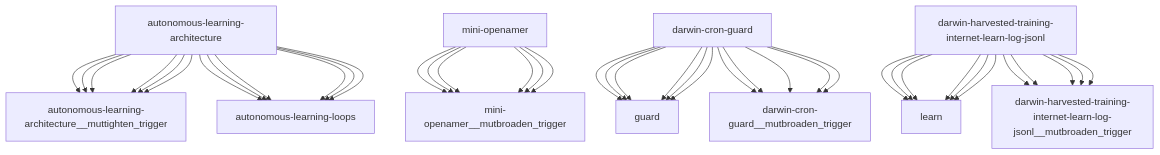
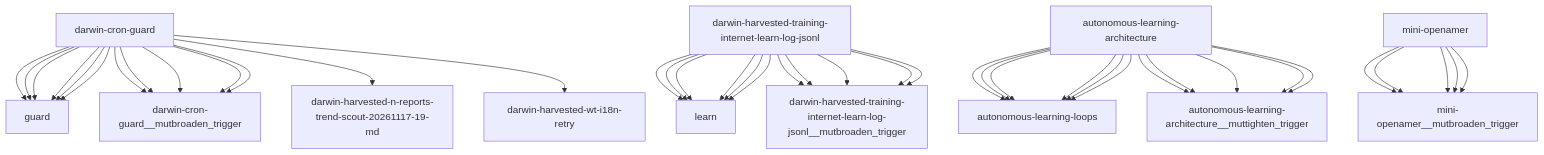
The diagram in reports/darwin-report.md (openamer/openamer), drawn with Mermaid before and after one commit. The commit also changed other lines of this file and 10 other files, not shown here.

First line of the commit message:
chore(reports): cron auto-commit 2026-11-18

````diff
--- a/reports/darwin-report.md
+++ b/reports/darwin-report.md
@@ -75,43 +75,43 @@
 ```mermaid
 graph TD
-    autonomous-learning-architecture["autonomous-learning-architecture"] --> autonomous-learning-architecture__muttighten_trigger["autonomous-learning-architecture__muttighten_trigger"]
-    mini-openamer["mini-openamer"] --> mini-openamer__mutbroaden_trigger["mini-openamer__mutbroaden_trigger"]
     darwin-cron-guard["darwin-cron-guard"] --> guard["guard"]
     darwin-harvested-training-internet-learn-log-jsonl["darwin-harvested-training-internet-learn-log-jsonl"] --> learn["learn"]
     autonomous-learning-architecture["autonomous-learning-architecture"] --> autonomous-learning-loops["autonomous-learning-loops"]
     darwin-cron-guard["darwin-cron-guard"] --> darwin-cron-guard__mutbroaden_trigger["darwin-cron-guard__mutbroaden_trigger"]
     darwin-harvested-training-internet-learn-log-jsonl["darwin-harvested-training-internet-learn-log-jsonl"] --> darwin-harvested-training-internet-learn-log-jsonl__mutbroaden_trigger["darwin-harvested-training-internet-learn-log-jsonl__mutbroaden_trigger"]
     autonomous-learning-architecture["autonomous-learning-architecture"] --> autonomous-learning-architecture__muttighten_trigger["autonomous-learning-architecture__muttighten_trigger"]
     mini-openamer["mini-openamer"] --> mini-openamer__mutbroaden_trigger["mini-openamer__mutbroaden_trigger"]
     darwin-cron-guard["darwin-cron-guard"] --> guard["guard"]
     darwin-harvested-training-internet-learn-log-jsonl["darwin-harvested-training-internet-learn-log-jsonl"] --> learn["learn"]
     autonomous-learning-architecture["autonomous-learning-architecture"] --> autonomous-learning-loops["autonomous-learning-loops"]
     darwin-cron-guard["darwin-cron-guard"] --> darwin-cron-guard__mutbroaden_trigger["darwin-cron-guard__mutbroaden_trigger"]
     darwin-harvested-training-internet-learn-log-jsonl["darwin-harvested-training-internet-learn-log-jsonl"] --> darwin-harvested-training-internet-learn-log-jsonl__mutbroaden_trigger["darwin-harvested-training-internet-learn-log-jsonl__mutbroaden_trigger"]
     autonomous-learning-architecture["autonomous-learning-architecture"] --> autonomous-learning-architecture__muttighten_trigger["autonomous-learning-architecture__muttighten_trigger"]
     mini-openamer["mini-openamer"] --> mini-openamer__mutbroaden_trigger["mini-openamer__mutbroaden_trigger"]
     darwin-cron-guard["darwin-cron-guard"] --> guard["guard"]
     darwin-harvested-training-internet-learn-log-jsonl["darwin-harvested-training-internet-learn-log-jsonl"] --> learn["learn"]
     autonomous-learning-architecture["autonomous-learning-architecture"] --> autonomous-learning-loops["autonomous-learning-loops"]
     darwin-cron-guard["darwin-cron-guard"] --> darwin-cron-guard__mutbroaden_trigger["darwin-cron-guard__mutbroaden_trigger"]
     darwin-harvested-training-internet-learn-log-jsonl["darwin-harvested-training-internet-learn-log-jsonl"] --> darwin-harvested-training-internet-learn-log-jsonl__mutbroaden_trigger["darwin-harvested-training-internet-learn-log-jsonl__mutbroaden_trigger"]
     autonomous-learning-architecture["autonomous-learning-architecture"] --> autonomous-learning-architecture__muttighten_trigger["autonomous-learning-architecture__muttighten_trigger"]
     mini-openamer["mini-openamer"] --> mini-openamer__mutbroaden_trigger["mini-openamer__mutbroaden_trigger"]
     darwin-cron-guard["darwin-cron-guard"] --> guard["guard"]
     darwin-harvested-training-internet-learn-log-jsonl["darwin-harvested-training-internet-learn-log-jsonl"] --> learn["learn"]
     autonomous-learning-architecture["autonomous-learning-architecture"] --> autonomous-learning-loops["autonomous-learning-loops"]
     darwin-cron-guard["darwin-cron-guard"] --> darwin-cron-guard__mutbroaden_trigger["darwin-cron-guard__mutbroaden_trigger"]
     darwin-harvested-training-internet-learn-log-jsonl["darwin-harvested-training-internet-learn-log-jsonl"] --> darwin-harvested-training-internet-learn-log-jsonl__mutbroaden_trigger["darwin-harvested-training-internet-learn-log-jsonl__mutbroaden_trigger"]
     autonomous-learning-architecture["autonomous-learning-architecture"] --> autonomous-learning-architecture__muttighten_trigger["autonomous-learning-architecture__muttighten_trigger"]
     mini-openamer["mini-openamer"] --> mini-openamer__mutbroaden_trigger["mini-openamer__mutbroaden_trigger"]
     darwin-cron-guard["darwin-cron-guard"] --> guard["guard"]
     darwin-harvested-training-internet-learn-log-jsonl["darwin-harvested-training-internet-learn-log-jsonl"] --> learn["learn"]
     autonomous-learning-architecture["autonomous-learning-architecture"] --> autonomous-learning-loops["autonomous-learning-loops"]
     darwin-cron-guard["darwin-cron-guard"] --> darwin-cron-guard__mutbroaden_trigger["darwin-cron-guard__mutbroaden_trigger"]
     darwin-harvested-training-internet-learn-log-jsonl["darwin-harvested-training-internet-learn-log-jsonl"] --> darwin-harvested-training-internet-learn-log-jsonl__mutbroaden_trigger["darwin-harvested-training-internet-learn-log-jsonl__mutbroaden_trigger"]
     autonomous-learning-architecture["autonomous-learning-architecture"] --> autonomous-learning-architecture__muttighten_trigger["autonomous-learning-architecture__muttighten_trigger"]
     mini-openamer["mini-openamer"] --> mini-openamer__mutbroaden_trigger["mini-openamer__mutbroaden_trigger"]
+    darwin-cron-guard["darwin-cron-guard"] --> darwin-harvested-n-reports-trend-scout-20261117-19-md["darwin-harvested-n-reports-trend-scout-20261117-19-md"]
+    darwin-cron-guard["darwin-cron-guard"] --> darwin-harvested-wt-i18n-retry["darwin-harvested-wt-i18n-retry"]
     darwin-cron-guard["darwin-cron-guard"] --> guard["guard"]
     darwin-harvested-training-internet-learn-log-jsonl["darwin-harvested-training-internet-learn-log-jsonl"] --> learn["learn"]
     autonomous-learning-architecture["autonomous-learning-architecture"] --> autonomous-learning-loops["autonomous-learning-loops"]
 ```
````
